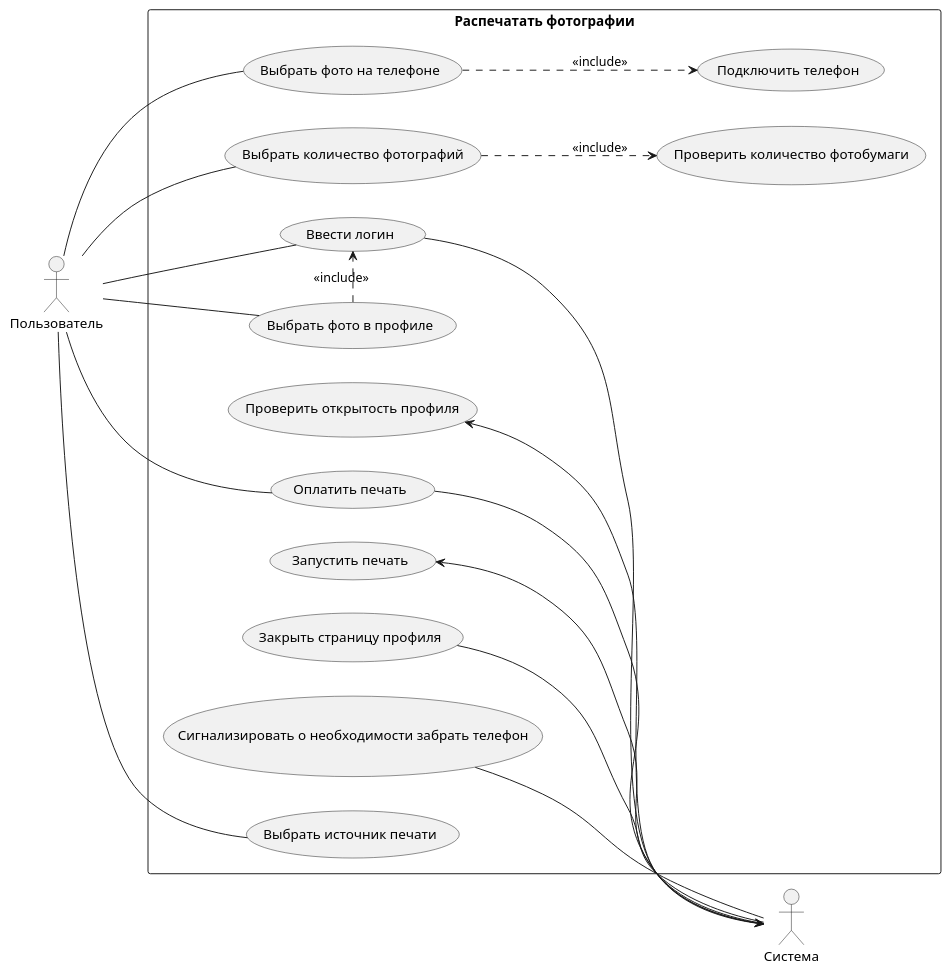
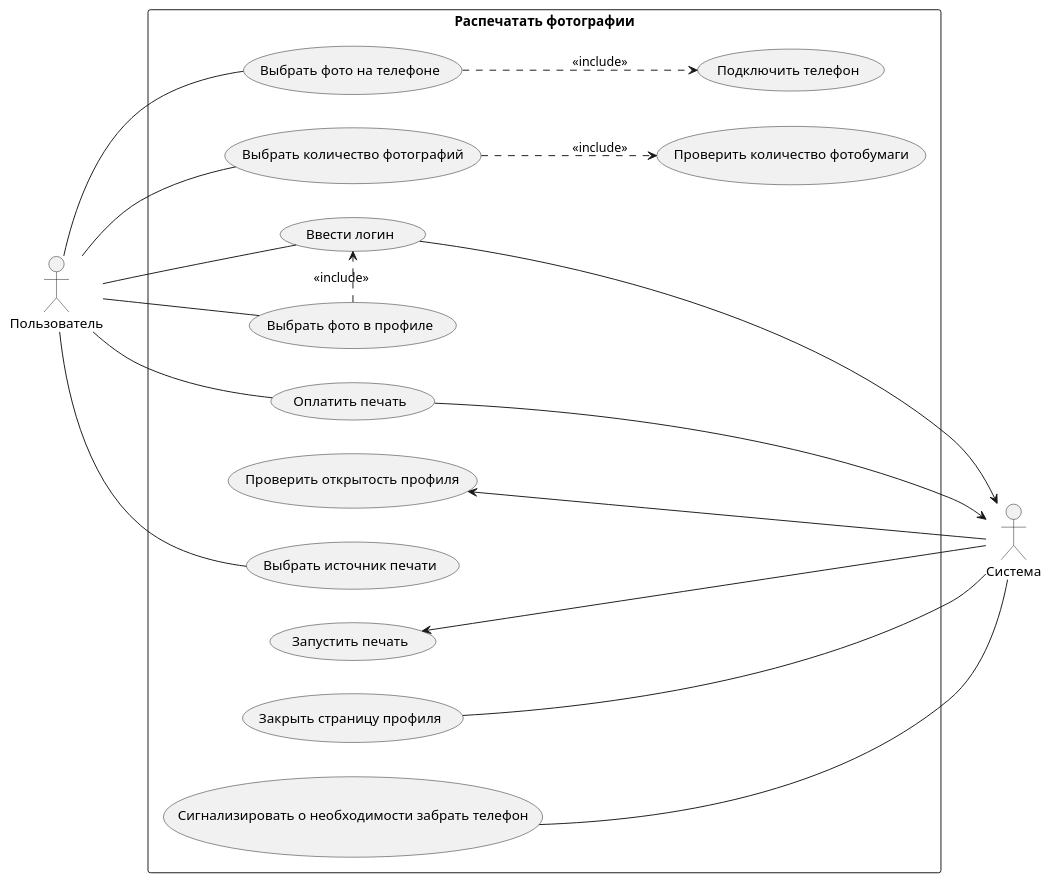
Before and after one commit to PopkovAYu/Notes: the diagram in Notes/Системная аналитика/Курсы от нетологии/Раздел 3. Анализ требований/Итоговая работа по модулю.md, drawn with PlantUML.

Commit message:
vault backup: 2024-04-26 11:10:27
Affected files:
Notes/Системная аналитика/Курсы от нетологии/Раздел 3. Анализ требований/Итоговая работа по модулю.md

````diff
--- a/Notes/Системная аналитика/Курсы от нетологии/Раздел 3. Анализ требований/Итоговая работа по модулю.md
+++ b/Notes/Системная аналитика/Курсы от нетологии/Раздел 3. Анализ требований/Итоговая работа по модулю.md
@@ -72,26 +72,26 @@
 ```plantuml
 @startuml
 actor Пользователь as user
 actor Система as sys
 
 rectangle "Распечатать фотографии" {
 	left to right direction
 	user -- (Выбрать источник печати)
 	user - (Выбрать фото на телефоне)
 	(Выбрать фото на телефоне) ..> (Подключить телефон) : <<include>>
 	user - (Выбрать количество фотографий)
 	(Выбрать количество фотографий) ..> (Проверить количество фотобумаги) : <<include>>
 	user - (Выбрать фото в профиле)
 	user - (Ввести логин)
-	(Проверить открытость профиля) <- sys 
 	(Выбрать фото в профиле) .> (Ввести логин) : <<include>>
 	(Ввести логин) --> sys
 	user - (Оплатить печать)
-	(Оплатить печать) -> sys
-	(Запустить печать) <- sys 
-	(Закрыть страницу профиля) - sys 
-	(Сигнализировать о необходимости забрать телефон) - sys 
+	(Оплатить печать) --> sys
+	(Запустить печать) <-- sys 
+	(Закрыть страницу профиля) --- sys 
+	(Сигнализировать о необходимости забрать телефон) --- sys
+	(Проверить открытость профиля) <- sys 
 	
 }
 @enduml
 ```
````
